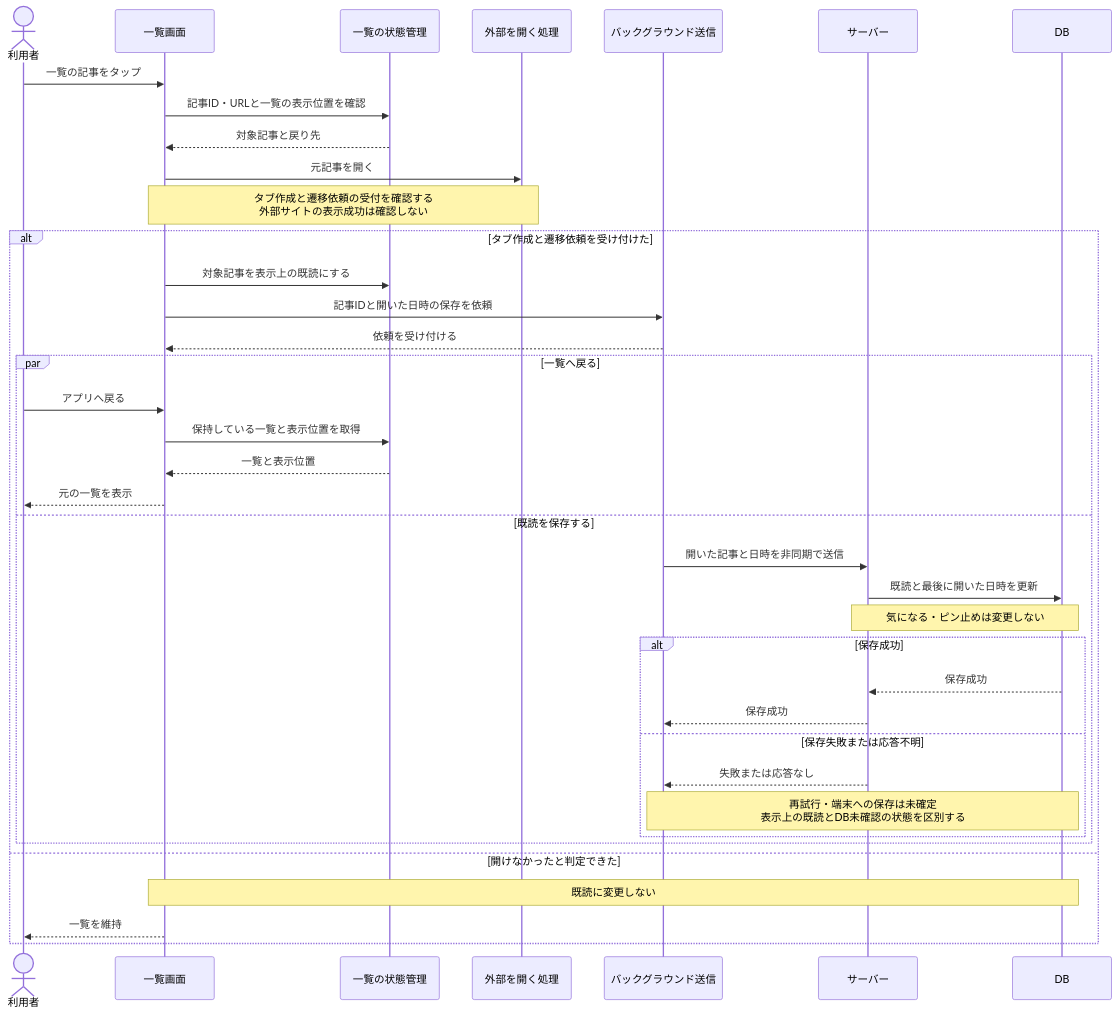
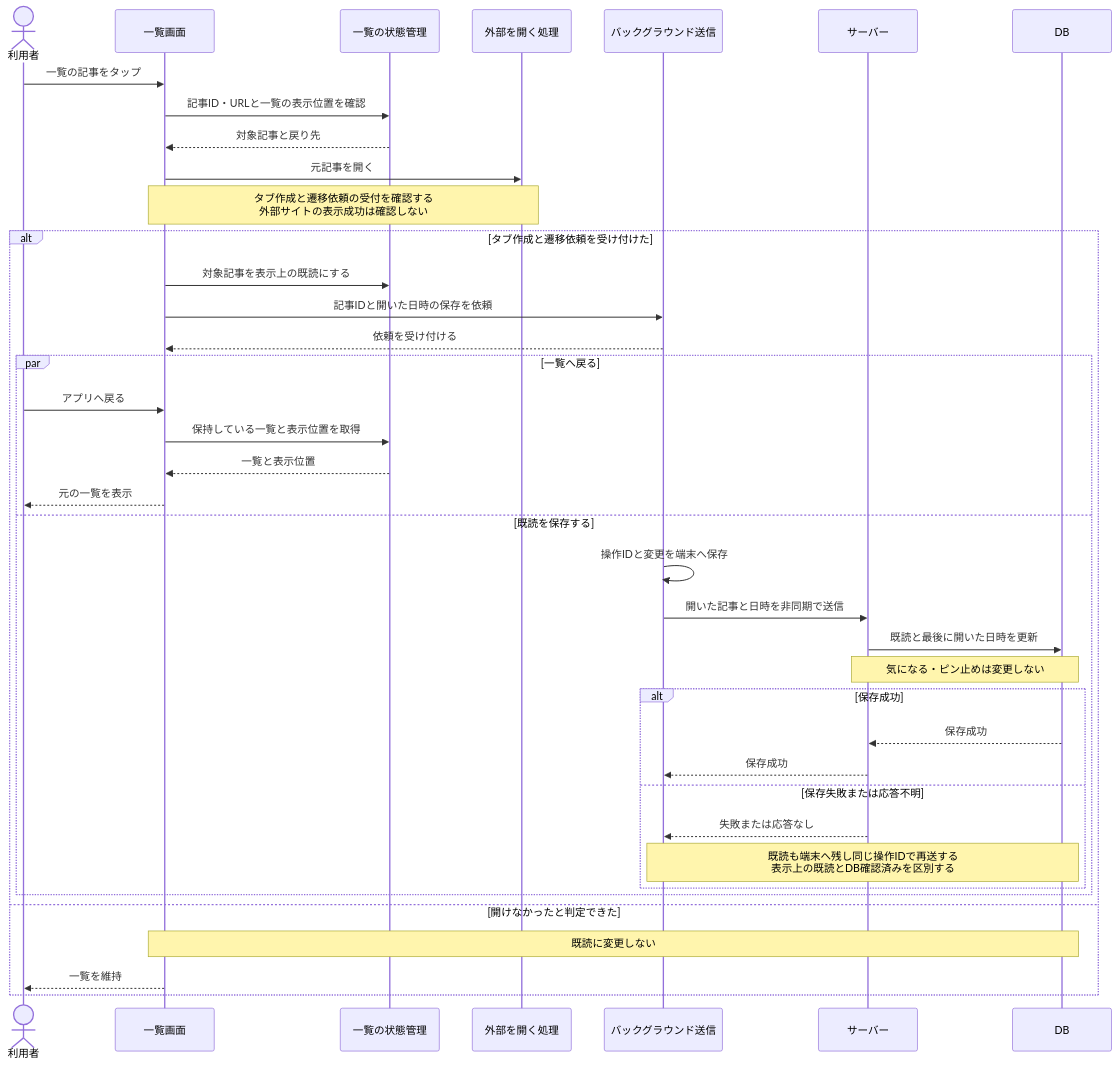
The fifth of 6 diagrams in docs/sequences-list.md (BeppuKanato/it-discovery), drawn with Mermaid before and after one commit. The commit also changed other lines of this file and 5 other files, not shown here.

Commit message:
docs: 確定ルールに合わせて状態遷移とシーケンス・クラス図を更新する

````diff
--- a/docs/sequences-list.md
+++ b/docs/sequences-list.md
@@ -212,42 +214,43 @@
 ```mermaid
 sequenceDiagram
     actor User as 利用者
     participant View as 一覧画面
     participant State as 一覧の状態管理
     participant Open as 外部を開く処理
     participant Background as バックグラウンド送信
     participant Server as サーバー
     participant DB as DB
 
     User->>View: 一覧の記事をタップ
     View->>State: 記事ID・URLと一覧の表示位置を確認
     State-->>View: 対象記事と戻り先
     View->>Open: 元記事を開く
     Note over View,Open: タブ作成と遷移依頼の受付を確認する<br/>外部サイトの表示成功は確認しない
 
     alt タブ作成と遷移依頼を受け付けた
         View->>State: 対象記事を表示上の既読にする
         View->>Background: 記事IDと開いた日時の保存を依頼
         Background-->>View: 依頼を受け付ける
         par 一覧へ戻る
             User->>View: アプリへ戻る
             View->>State: 保持している一覧と表示位置を取得
             State-->>View: 一覧と表示位置
             View-->>User: 元の一覧を表示
         and 既読を保存する
+            Background->>Background: 操作IDと変更を端末へ保存
             Background->>Server: 開いた記事と日時を非同期で送信
             Server->>DB: 既読と最後に開いた日時を更新
             Note over Server,DB: 気になる・ピン止めは変更しない
             alt 保存成功
                 DB-->>Server: 保存成功
                 Server-->>Background: 保存成功
             else 保存失敗または応答不明
                 Server-->>Background: 失敗または応答なし
-                Note over Background,DB: 再試行・端末への保存は未確定<br/>表示上の既読とDB未確認の状態を区別する
+                Note over Background,DB: 既読も端末へ残し同じ操作IDで再送する<br/>表示上の既読とDB確認済みを区別する
             end
         end
     else 開けなかったと判定できた
         Note over View,DB: 既読に変更しない
         View-->>User: 一覧を維持
     end
 ```
````
